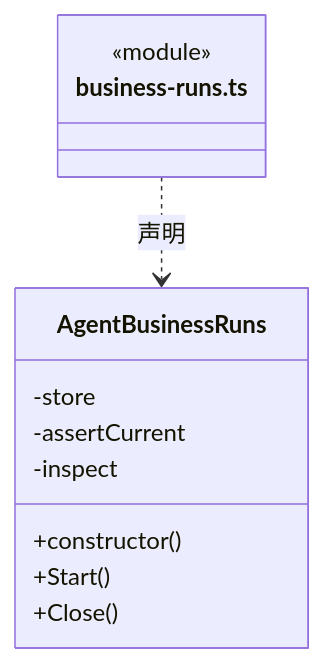
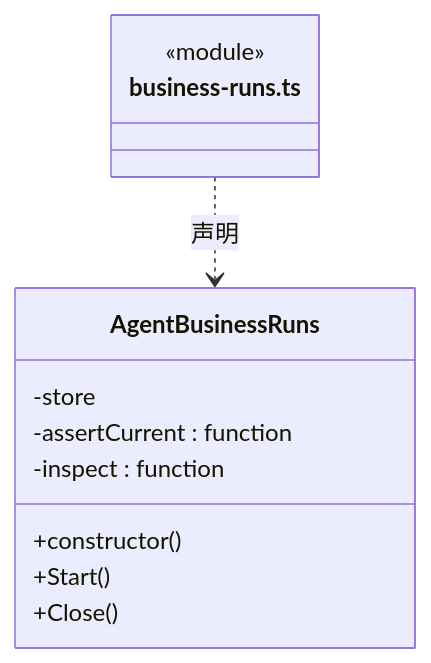
Before and after one commit to nan023062/cbim: the first of 4 diagrams in src/logic/execution/storage/ARCHITECTURE.md, drawn with Mermaid. The commit also changed other lines of this file and 137 other files, not shown here.

Commit message:
fix: align architecture generator with documentation standards

````diff
--- a/src/logic/execution/storage/ARCHITECTURE.md
+++ b/src/logic/execution/storage/ARCHITECTURE.md
@@ -64,15 +66,15 @@
 ```mermaid
 classDiagram
 class N_src_logic_execution_storage_business_runs_ts["business-runs.ts"] {
   <<module>>
 }
 class N_src_logic_execution_storage_business_runs_ts_AgentBusinessRuns["AgentBusinessRuns"] {
   +constructor()
   +Start()
   +Close()
   -store
-  -assertCurrent
-  -inspect
+  -assertCurrent : function
+  -inspect : function
 }
 N_src_logic_execution_storage_business_runs_ts ..> N_src_logic_execution_storage_business_runs_ts_AgentBusinessRuns : 声明
 ```
````
